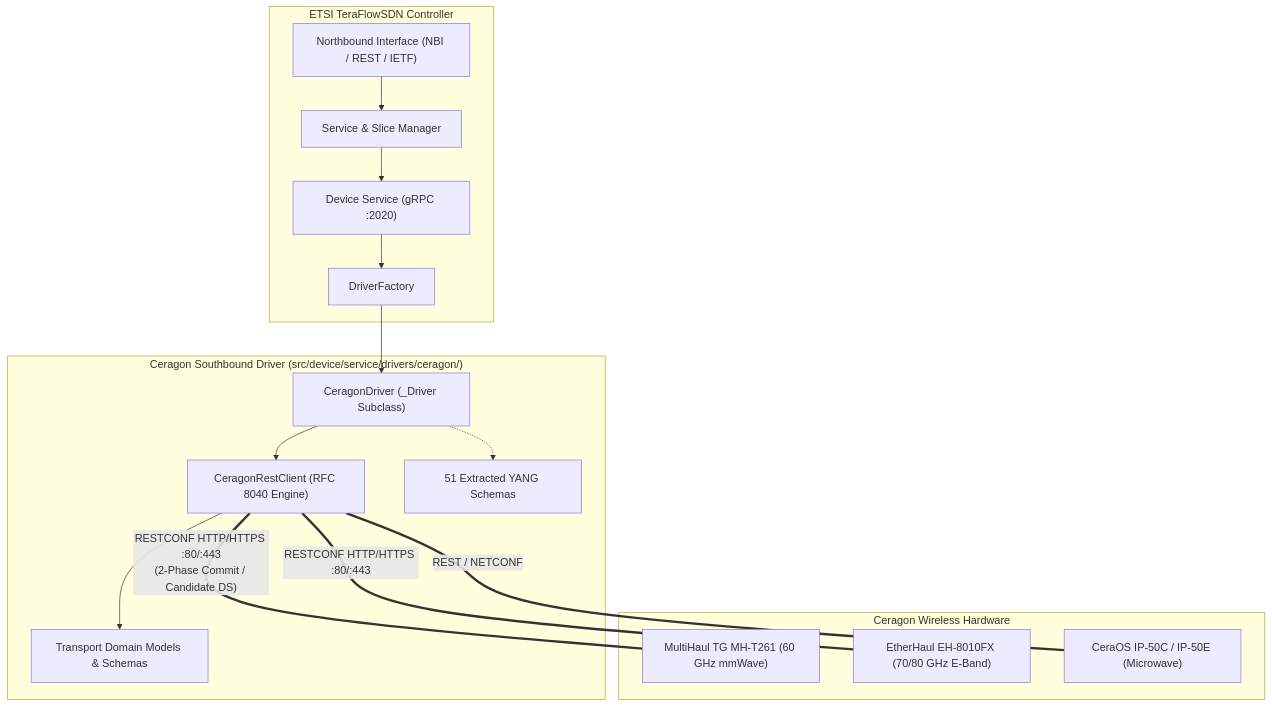
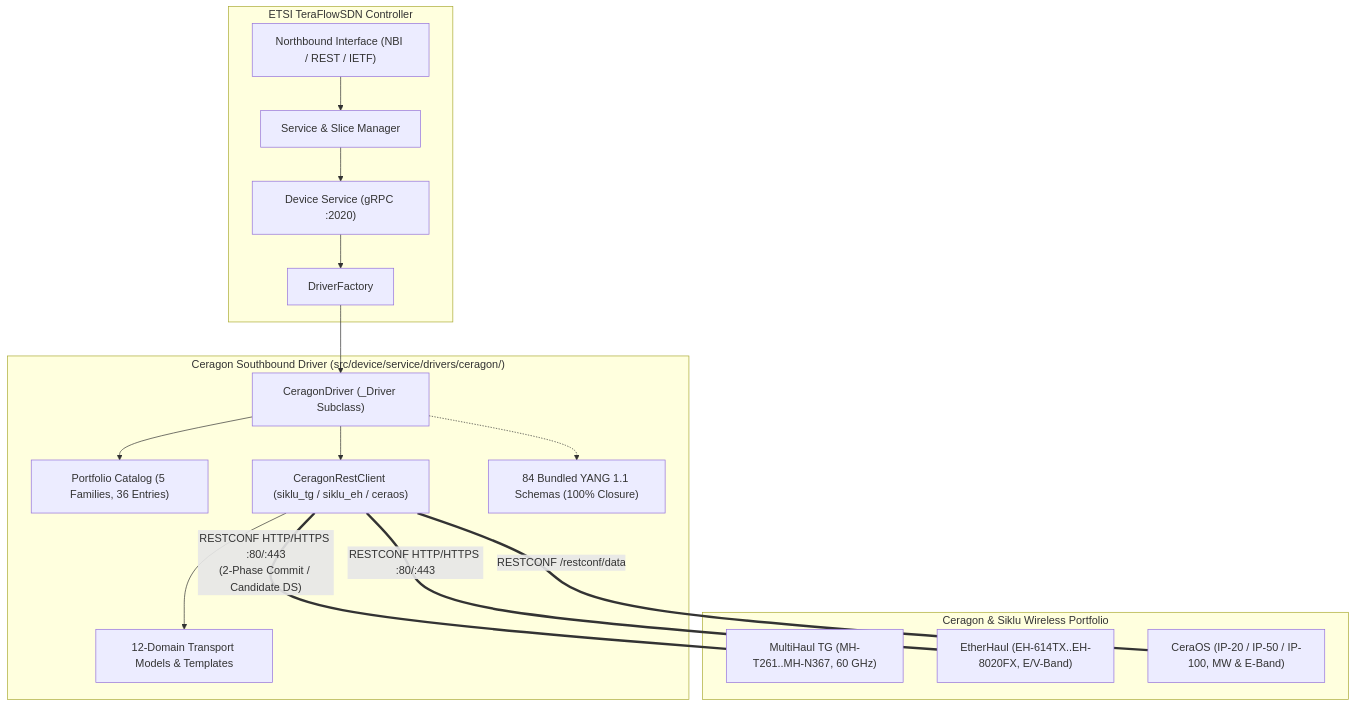
One commit to efidvir/teraflowsdn changed the diagram in README.md. Above: the diagram before and after it, drawn with Mermaid. The commit also changed other lines of this file and 41 other files, not shown here.

Commit message:
feat(ceragon): support full 5-family Ceragon portfolio, 84 YANG 1.1 schemas with 100% closure, and 12 bidirectional RESTCONF control & telemetry domains

````diff
--- a/README.md
+++ b/README.md
@@ -35,32 +35,34 @@
 ```mermaid
 flowchart TD
     subgraph TFS ["ETSI TeraFlowSDN Controller"]
         NBI["Northbound Interface (NBI / REST / IETF)"]
         SVC["Service & Slice Manager"]
         DEV_SVC["Device Service (gRPC :2020)"]
         DF["DriverFactory"]
     end
 
     subgraph DRIVER ["Ceragon Southbound Driver (src/device/service/drivers/ceragon/)"]
         CD["CeragonDriver (_Driver Subclass)"]
-        CLIENT["CeragonRestClient (RFC 8040 Engine)"]
-        MODELS["Transport Domain Models & Schemas"]
-        YANG["51 Extracted YANG Schemas"]
+        PORT["Portfolio Catalog (5 Families, 36 Entries)"]
+        CLIENT["CeragonRestClient (siklu_tg / siklu_eh / ceraos)"]
+        MODELS["12-Domain Transport Models & Templates"]
+        YANG["84 Bundled YANG 1.1 Schemas (100% Closure)"]
     end
 
-    subgraph HARDWARE ["Ceragon Wireless Hardware"]
-        T261["MultiHaul TG MH-T261 (60 GHz mmWave)"]
-        EH["EtherHaul EH-8010FX (70/80 GHz E-Band)"]
-        IP50["CeraOS IP-50C / IP-50E (Microwave)"]
+    subgraph HARDWARE ["Ceragon & Siklu Wireless Portfolio"]
+        T261["MultiHaul TG (MH-T261..MH-N367, 60 GHz)"]
+        EH["EtherHaul (EH-614TX..EH-8020FX, E/V-Band)"]
+        IP["CeraOS (IP-20 / IP-50 / IP-100, MW & E-Band)"]
     end
 
     NBI --> SVC --> DEV_SVC
     DEV_SVC --> DF --> CD
+    CD --> PORT
     CD --> CLIENT
     CLIENT --> MODELS
     CD -.-> YANG
 
     CLIENT ===|"RESTCONF HTTP/HTTPS :80/:443\n(2-Phase Commit / Candidate DS)"| T261
     CLIENT ===|"RESTCONF HTTP/HTTPS :80/:443"| EH
-    CLIENT ===|"REST / NETCONF"| IP50
+    CLIENT ===|"RESTCONF /restconf/data"| IP
 ```
````
